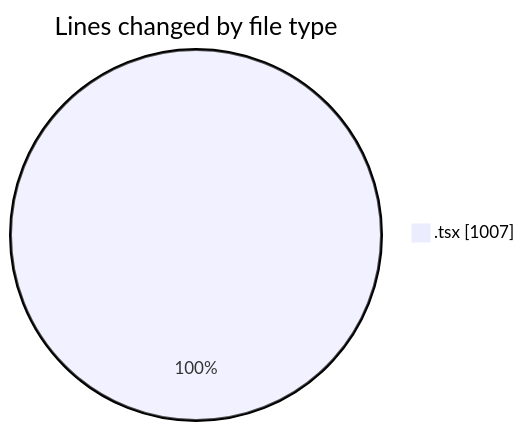
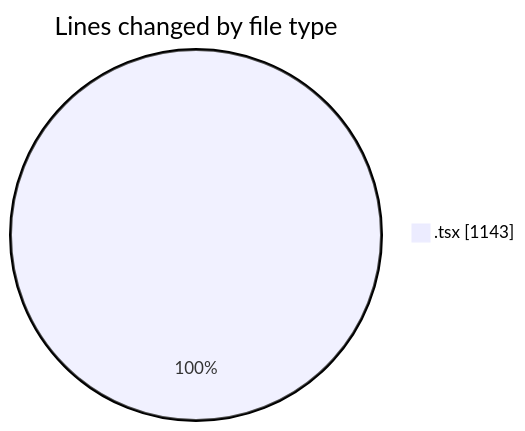
One commit to Ritupan-Deka/code-tracking changed the first of 2 diagrams in 2025-06-19/scopesketch-app/README.md. Above: the diagram before and after it, drawn with Mermaid. The commit also changed other lines of this file and 1 other file, not shown here.

````diff
--- a/2025-06-19/scopesketch-app/README.md
+++ b/2025-06-19/scopesketch-app/README.md
@@ -20,5 +21,5 @@
 ```mermaid
 pie showData
 title Lines changed by file type
-".tsx" : 1007
+".tsx" : 1143
 ```
````
